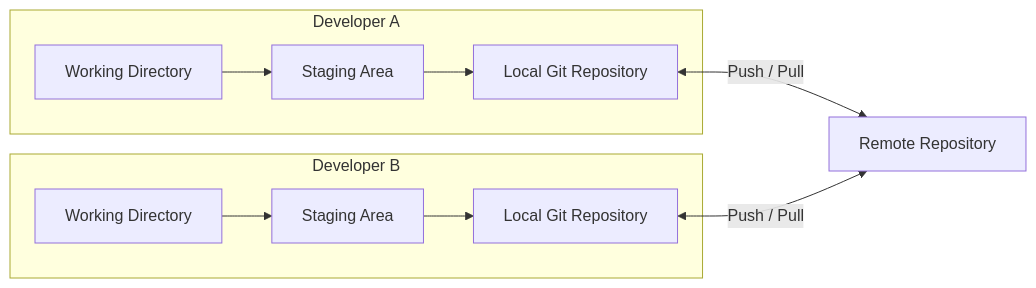
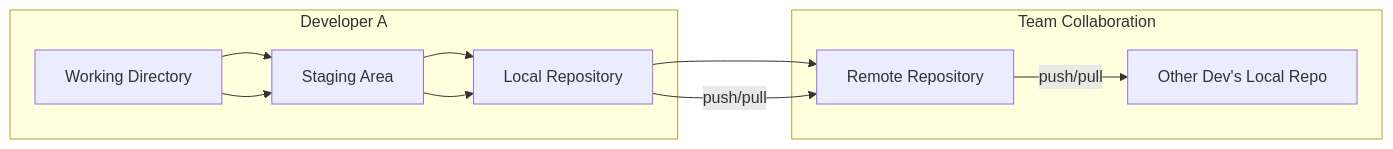
One commit to ankitkcn/devopsbro changed the diagram in docs/Progress/01 - GIT Basics.md. Above: the diagram before and after it, drawn with Mermaid. The commit also changed other lines of this file and 1 other file, not shown here.

````diff
--- a/docs/Progress/01 - GIT Basics.md
+++ b/docs/Progress/01 - GIT Basics.md
@@ -42,11 +22,15 @@
 ```mermaid
-flowchart LR
+graph LR
+    A[Working Directory] --> B[Staging Area]
+    B --> C[Local Repository]
+    C --> D[Remote Repository]
+
     subgraph Developer A
-        A1[Working Directory] --> A2[Staging Area] --> A3[Local Git Repository]
+        A --> B --> C
     end
-    subgraph Developer B
-        B1[Working Directory] --> B2[Staging Area] --> B3[Local Git Repository]
+
+    subgraph Team Collaboration
+        C -- push/pull --> D
+        D -- push/pull --> C2[Other Dev's Local Repo]
     end
-    A3 <-->|Push / Pull| R[Remote Repository]
-    B3 <-->|Push / Pull| R
 ```
````
